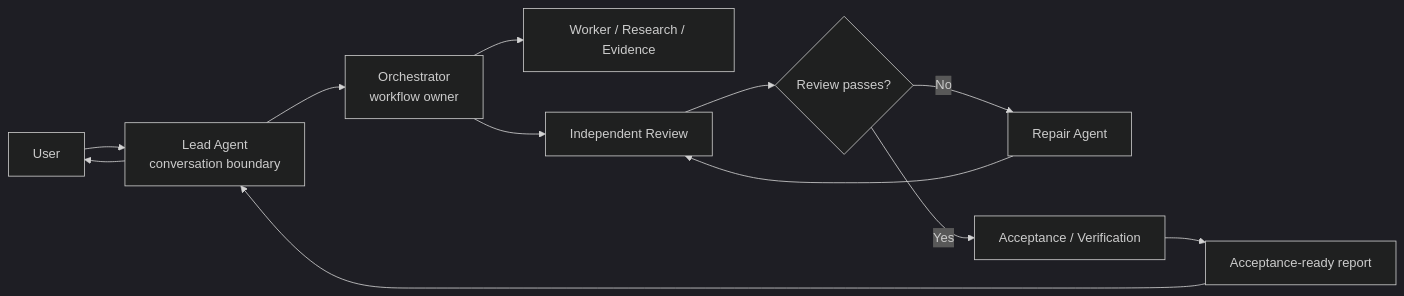
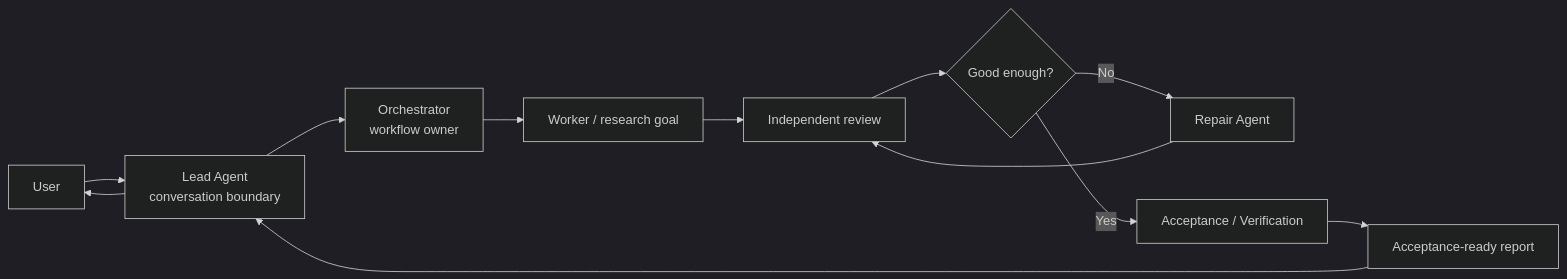
The first of 4 diagrams in README.md (patrick-fu/parallel-goal-workflows), drawn with Mermaid (dark theme) before and after one commit. The commit also changed other lines of this file and 1 other file, not shown here.

First line of the commit message:
Simplify standalone workflow shape diagrams

````diff
--- a/README.md
+++ b/README.md
@@ -67,14 +72,14 @@
 ```mermaid
 flowchart LR
   User["User"] --> Lead["Lead Agent<br/>conversation boundary"]
   Lead --> Orchestrator["Orchestrator<br/>workflow owner"]
-  Orchestrator --> Workers["Worker / Research / Evidence"]
-  Orchestrator --> Review["Independent Review"]
-  Review --> Decision{"Review passes?"}
+  Orchestrator --> Worker["Worker / research goal"]
+  Worker --> Review["Independent review"]
+  Review --> Decision{"Good enough?"}
   Decision -- "No" --> Repair["Repair Agent"]
   Repair --> Review
   Decision -- "Yes" --> Acceptance["Acceptance / Verification"]
   Acceptance --> Report["Acceptance-ready report"]
   Report --> Lead
   Lead --> User
 ```
````
